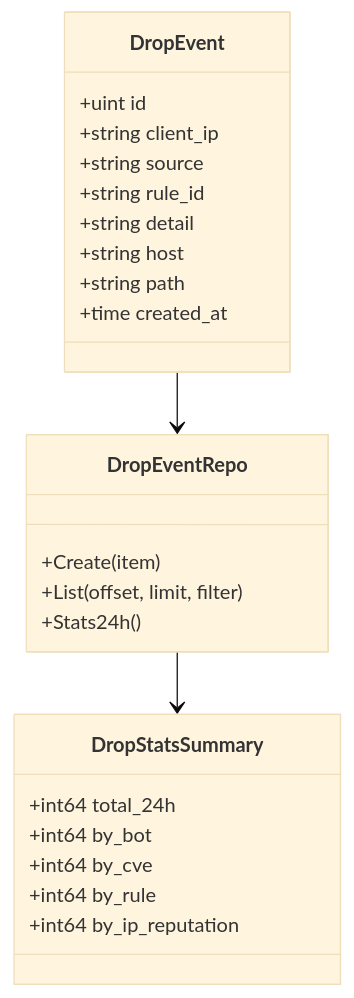
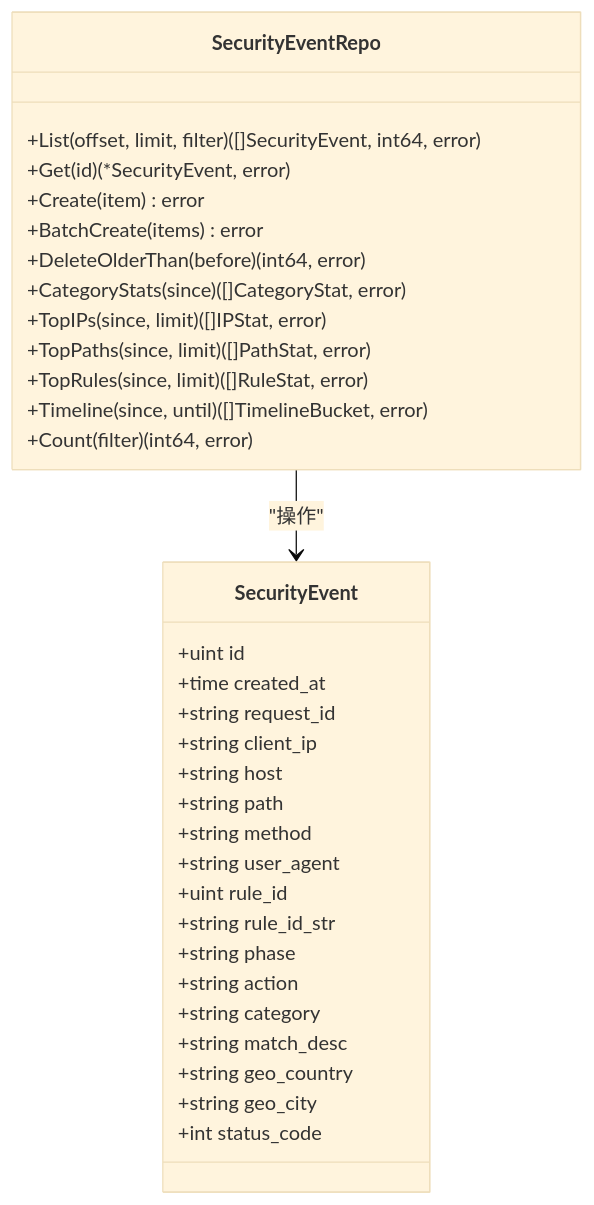
The fifth of 8 diagrams in docs/监控与可观测性/监控与可观测性.md (x01n/My-OpenWaf), drawn with Mermaid (base theme) before and after one commit. The commit also changed other lines of this file and 199 other files, not shown here.

````diff
--- a/docs/监控与可观测性/监控与可观测性.md
+++ b/docs/监控与可观测性/监控与可观测性.md
@@ -236,27 +184,36 @@
 ```mermaid
 classDiagram
-class DropEvent {
+class SecurityEventRepo {
++List(offset, limit, filter) ([]SecurityEvent, int64, error)
++Get(id) (*SecurityEvent, error)
++Create(item) error
++BatchCreate(items) error
++DeleteOlderThan(before) (int64, error)
++CategoryStats(since) ([]CategoryStat, error)
++TopIPs(since, limit) ([]IPStat, error)
++TopPaths(since, limit) ([]PathStat, error)
++TopRules(since, limit) ([]RuleStat, error)
++Timeline(since, until) ([]TimelineBucket, error)
++Count(filter) (int64, error)
+}
+class SecurityEvent {
 +uint id
++time created_at
++string request_id
 +string client_ip
-+string source
-+string rule_id
-+string detail
 +string host
 +string path
-+time created_at
++string method
++string user_agent
++uint rule_id
++string rule_id_str
++string phase
++string action
++string category
++string match_desc
++string geo_country
++string geo_city
++int status_code
 }
-class DropEventRepo {
-+Create(item)
-+List(offset, limit, filter)
-+Stats24h()
-}
-class DropStatsSummary {
-+int64 total_24h
-+int64 by_bot
-+int64 by_cve
-+int64 by_rule
-+int64 by_ip_reputation
-}
-DropEvent --> DropEventRepo
-DropEventRepo --> DropStatsSummary
+SecurityEventRepo --> SecurityEvent : "操作"
 ```
````
